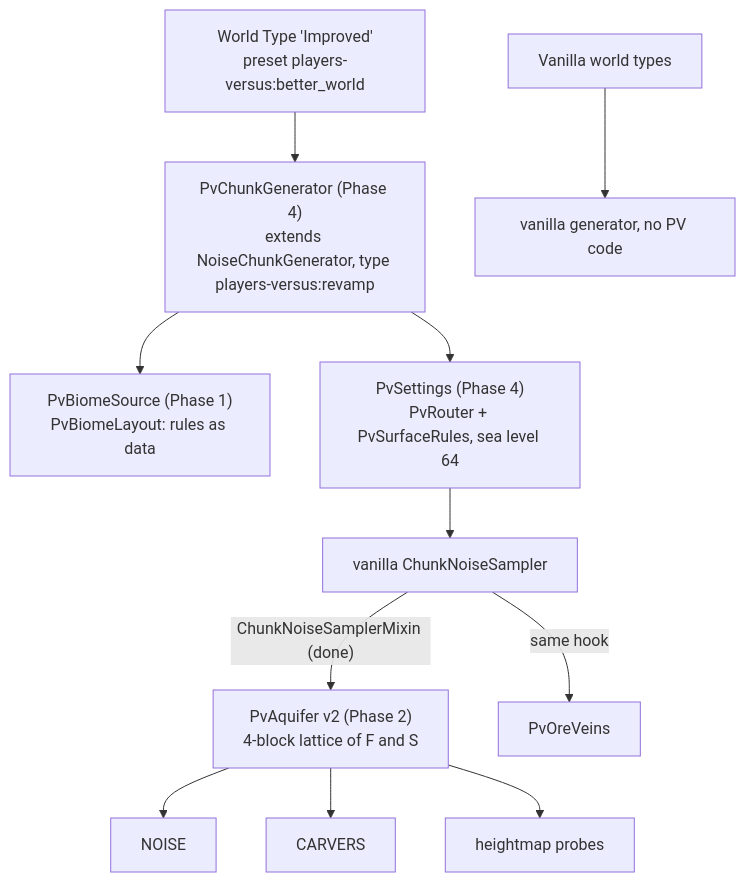
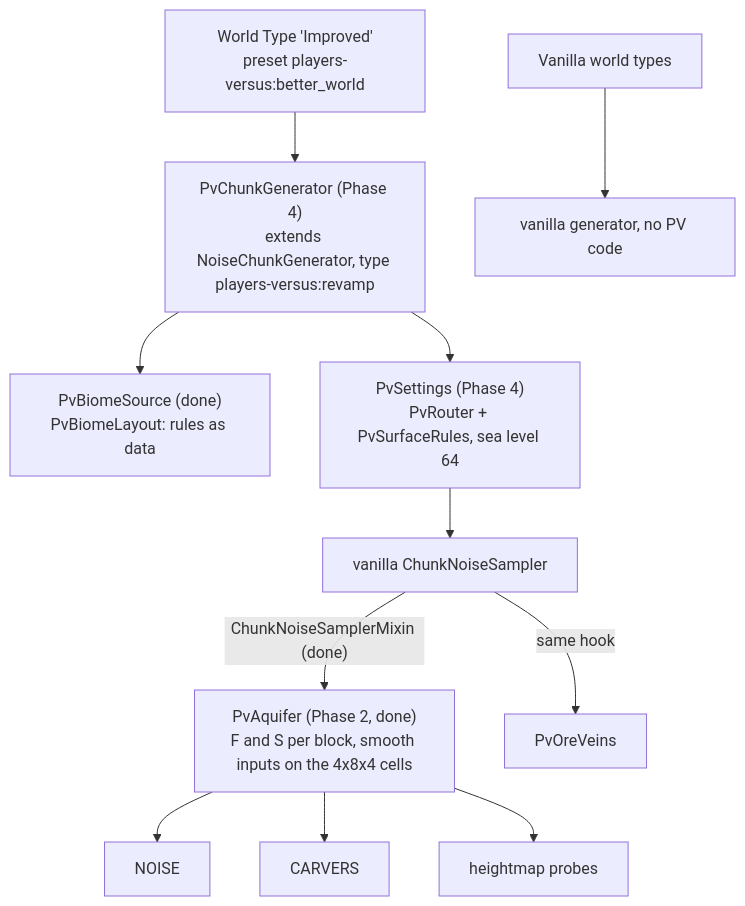
One commit to L-Apostrophe-Ecuyer/JavaMC-PlayersVersus changed the second of 2 diagrams in docs/worldgen-refactor-plan.md. Above: the diagram before and after it, drawn with Mermaid. The commit also changed other lines of this file and 3 other files, not shown here.

````diff
--- a/docs/worldgen-refactor-plan.md
+++ b/docs/worldgen-refactor-plan.md
@@ -198,13 +227,13 @@
 ```mermaid
 flowchart TD
     WT["World Type 'Improved'<br/>preset players-versus:better_world"] --> GEN["PvChunkGenerator (Phase 4)<br/>extends NoiseChunkGenerator, type players-versus:revamp"]
-    GEN --> BS["PvBiomeSource (Phase 1)<br/>PvBiomeLayout: rules as data"]
+    GEN --> BS["PvBiomeSource (done)<br/>PvBiomeLayout: rules as data"]
     GEN --> SET["PvSettings (Phase 4)<br/>PvRouter + PvSurfaceRules, sea level 64"]
     SET --> CNS["vanilla ChunkNoiseSampler"]
-    CNS -->|"ChunkNoiseSamplerMixin (done)"| AQ["PvAquifer v2 (Phase 2)<br/>4-block lattice of F and S"]
+    CNS -->|"ChunkNoiseSamplerMixin (done)"| AQ["PvAquifer (Phase 2, done)<br/>F and S per block, smooth inputs on the 4x8x4 cells"]
     CNS -->|"same hook"| ORE["PvOreVeins"]
     AQ --> NOISE["NOISE"]
     AQ --> CARV["CARVERS"]
     AQ --> HM["heightmap probes"]
     VAN["Vanilla world types"] --> VGEN["vanilla generator, no PV code"]
 ```
````
